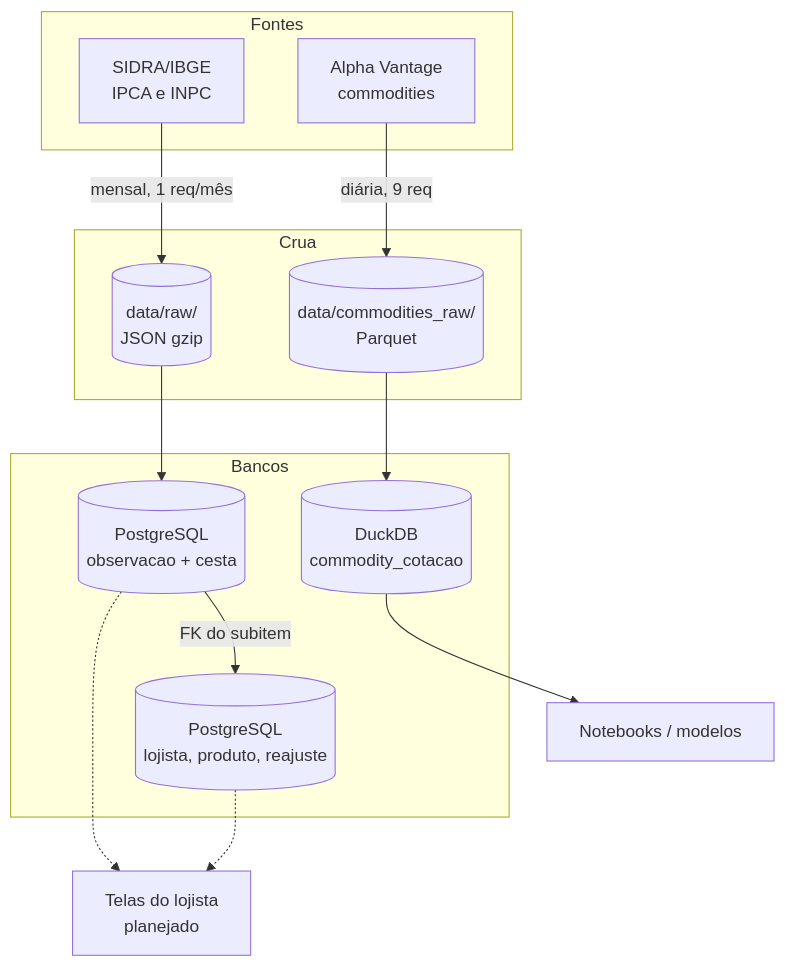
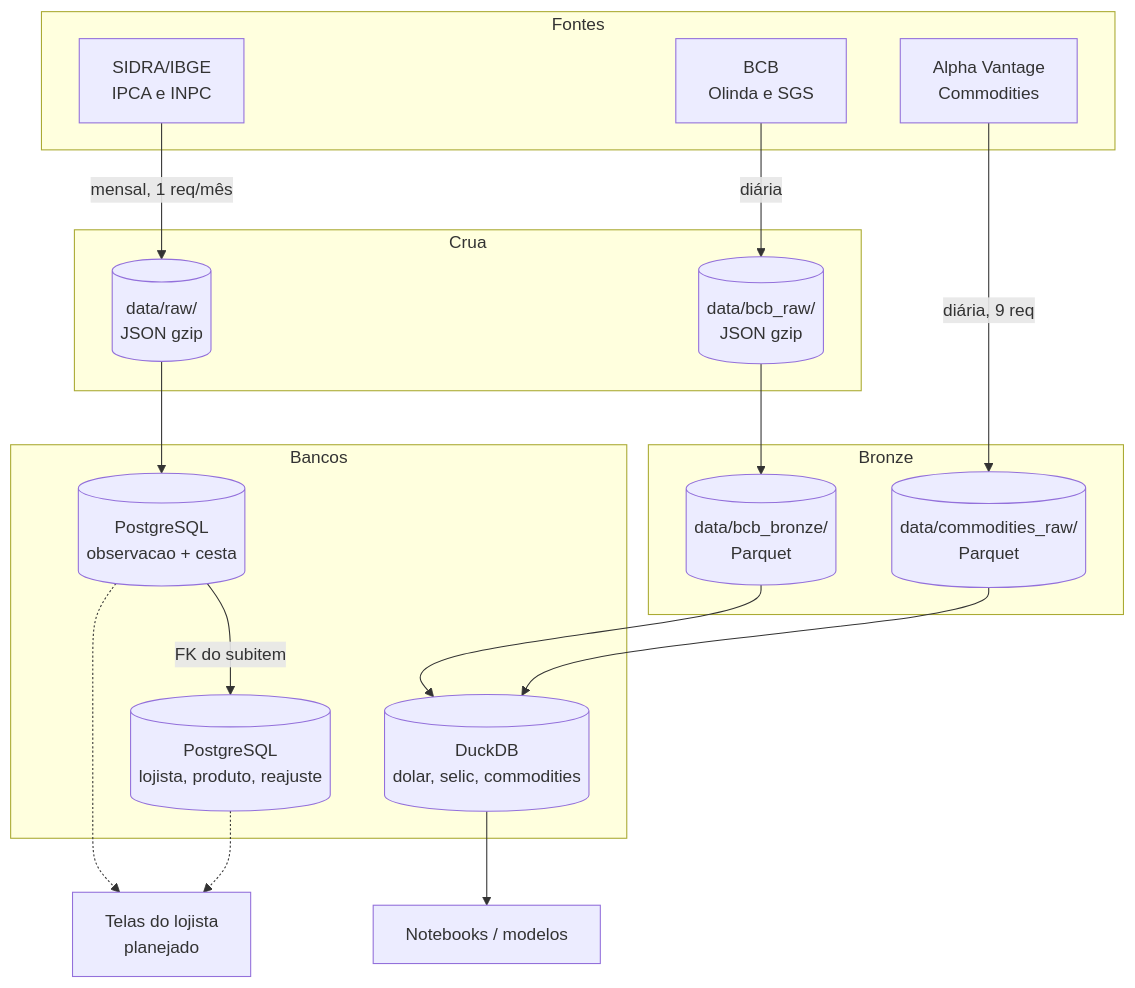
Before and after one commit to Bappoz/inflatrack: the diagram in docs/arquitetura/fluxoDados.md, drawn with Mermaid. The commit also changed other lines of this file, not shown here.

Commit message:
feat: fluxo de dados atualizado

````diff
--- a/docs/arquitetura/fluxoDados.md
+++ b/docs/arquitetura/fluxoDados.md
@@ -5,22 +5,28 @@
 ```mermaid
 flowchart TB
     subgraph Fontes
         S[SIDRA/IBGE<br/>IPCA e INPC]
-        AV[Alpha Vantage<br/>commodities]
+        BCB[BCB<br/>Olinda e SGS]
+        AV[Alpha Vantage<br/>Commodities]
     end
     subgraph Crua
         R1[(data/raw/<br/>JSON gzip)]
-        R2[(data/commodities_raw/<br/>Parquet)]
+        R2[(data/bcb_raw/<br/>JSON gzip)]
+    end
+    subgraph Bronze
+        B1[(data/bcb_bronze/<br/>Parquet)]
+        B2[(data/commodities_raw/<br/>Parquet)]
     end
     subgraph Bancos
         PG[(PostgreSQL<br/>observacao + cesta)]
         TX[(PostgreSQL<br/>lojista, produto, reajuste)]
-        DK[(DuckDB<br/>commodity_cotacao)]
+        DK[(DuckDB<br/>dolar, selic, commodities)]
     end
     S -->|mensal, 1 req/mês| R1 --> PG
-    AV -->|diária, 9 req| R2 --> DK
+    BCB -->|diária| R2 --> B1 --> DK
+    AV -->|diária, 9 req| B2 --> DK
     PG -->|FK do subitem| TX
     PG -.-> V[Telas do lojista<br/>planejado]
     TX -.-> V
     DK --> ML[Notebooks / modelos]
 ```
````
